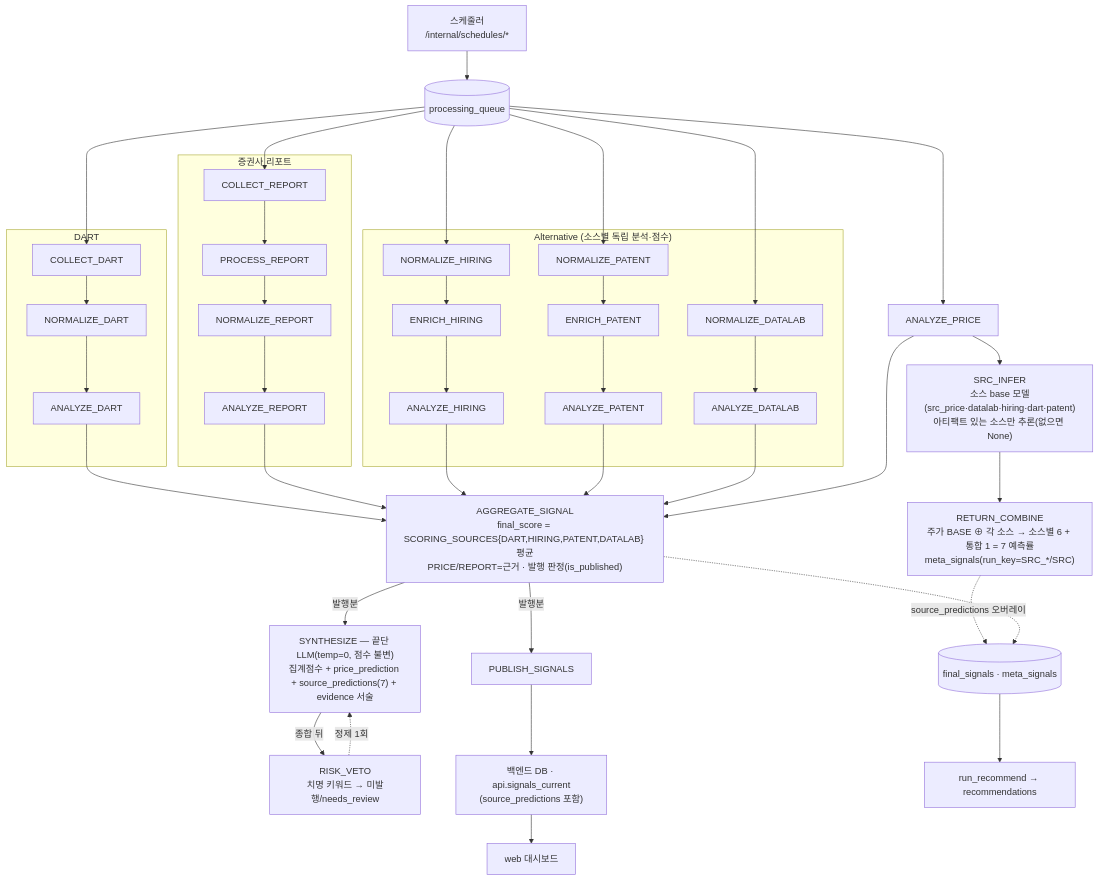
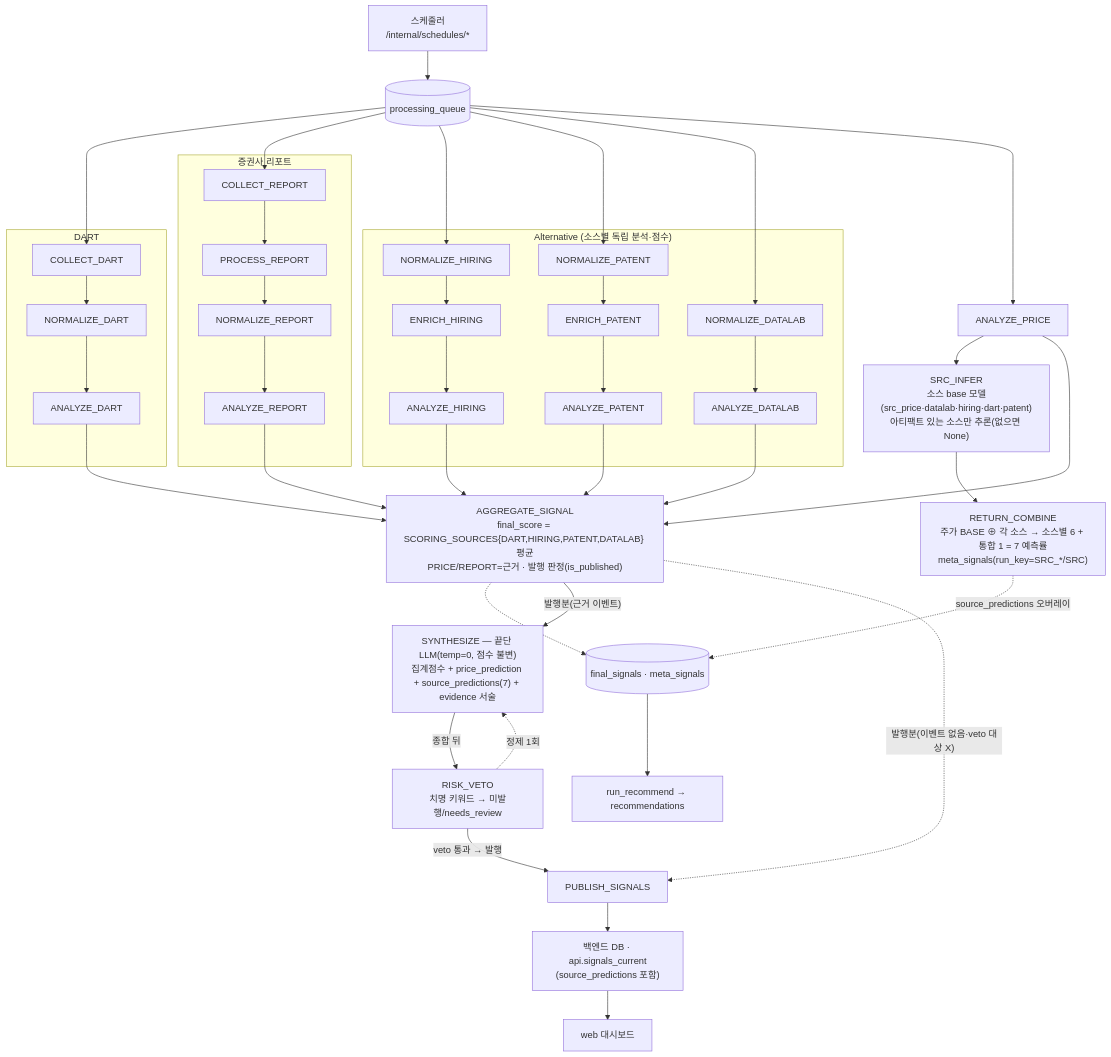
One commit to AIX14-3/signal-alpha changed the diagram in docs/spec/worker-pipeline-detailed.md. Above: the diagram before and after it, drawn with Mermaid. The commit also changed other lines of this file and 1 other file, not shown here.

First line of the commit message:
docs: 설계도 발행 흐름·주가 라벨 정합 (RISK_VETO→PUBLISH, PRICE=규칙기반)

````diff
--- a/docs/spec/worker-pipeline-detailed.md
+++ b/docs/spec/worker-pipeline-detailed.md
@@ -10,46 +10,47 @@
 ```mermaid
 flowchart TB
   sch["스케줄러<br/>/internal/schedules/*"] --> Q[("processing_queue")]
 
   subgraph DART
     cd[COLLECT_DART] --> nd[NORMALIZE_DART] --> ad[ANALYZE_DART]
   end
   subgraph REPORT["증권사 리포트"]
     cr[COLLECT_REPORT] --> prc[PROCESS_REPORT] --> nr[NORMALIZE_REPORT] --> ar[ANALYZE_REPORT]
   end
   subgraph ALT["Alternative (소스별 독립 분석·점수)"]
     nh[NORMALIZE_HIRING] --> eh[ENRICH_HIRING] --> ah[ANALYZE_HIRING]
     npa[NORMALIZE_PATENT] --> ep[ENRICH_PATENT] --> apa[ANALYZE_PATENT]
     ndl[NORMALIZE_DATALAB] --> adl[ANALYZE_DATALAB]
   end
   ap[ANALYZE_PRICE]
 
   Q --> cd
   Q --> cr
   Q --> nh
   Q --> npa
   Q --> ndl
   Q --> ap
 
   %% 메타러너 예측 라인 (주가 BASE 앵커 + 대체데이터 가산)
   ap --> si["SRC_INFER<br/>소스 base 모델(src_price·datalab·hiring·dart·patent)<br/>아티팩트 있는 소스만 추론(없으면 None)"]
   si --> rc["RETURN_COMBINE<br/>주가 BASE ⊕ 각 소스 → 소스별 6 + 통합 1 = 7 예측률<br/>meta_signals(run_key=SRC_*/SRC)"]
 
   ad --> agg
   ar --> agg
   ah --> agg
   apa --> agg
   adl --> agg
   ap --> agg
   agg["AGGREGATE_SIGNAL<br/>final_score = SCORING_SOURCES{DART,HIRING,PATENT,DATALAB} 평균<br/>PRICE/REPORT=근거 · 발행 판정(is_published)"]
 
   rc -. "source_predictions 오버레이" .-> fsig[("final_signals · meta_signals")]
   agg -.-> fsig
 
-  agg -- "발행분" --> sy["SYNTHESIZE — 끝단 LLM(temp=0, 점수 불변)<br/>집계점수 + price_prediction + source_predictions(7) + evidence 서술"]
-  agg -- "발행분" --> pub[PUBLISH_SIGNALS]
+  agg -- "발행분(근거 이벤트)" --> sy["SYNTHESIZE — 끝단 LLM(temp=0, 점수 불변)<br/>집계점수 + price_prediction + source_predictions(7) + evidence 서술"]
   sy -- "종합 뒤" --> rv["RISK_VETO<br/>치명 키워드 → 미발행/needs_review"]
   rv -. "정제 1회" .-> sy
+  rv -- "veto 통과 → 발행" --> pub[PUBLISH_SIGNALS]
+  agg -. "발행분(이벤트 없음·veto 대상 X)" .-> pub
   pub --> api["백엔드 DB · api.signals_current<br/>(source_predictions 포함)"] --> web[web 대시보드]
   fsig --> rec["run_recommend → recommendations"]
 ```
````
